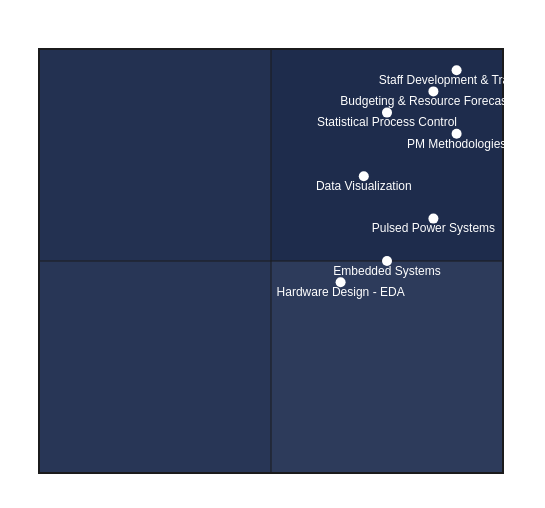
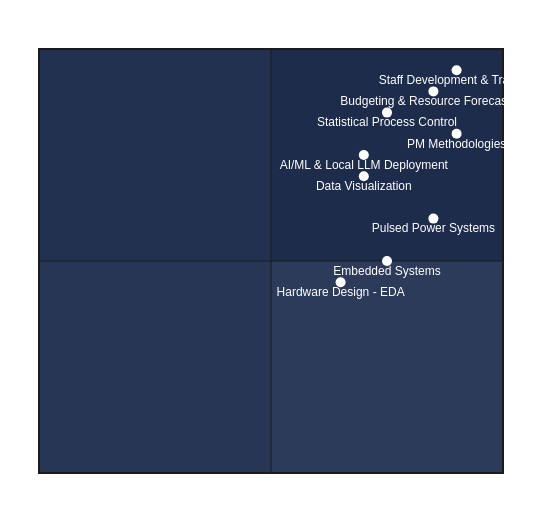
The fifth of 7 diagrams in Ethan-Kunz-Resume-TechManager.md (EE-EDK/Ethan-D-Kunz-Resume-2025), drawn with Mermaid before and after one commit. The commit also changed other lines of this file and 2 other files, not shown here.

````diff
--- a/Ethan-Kunz-Resume-TechManager.md
+++ b/Ethan-Kunz-Resume-TechManager.md
@@ -211,15 +221,16 @@
 ```mermaid
 %%{init: {'theme': 'base', 'themeVariables': { 'primaryColor': '#1e2c4c', 'primaryTextColor': '#fff', 'secondaryColor': '#c41e3a', 'lineColor': '#2c3e5f'}}}%%
 quadrantChart
     title Technical Proficiency Matrix
     x-axis "Developing" --> "Expert"
     y-axis "Supporting Skill" --> "Core to Role"
     Staff Development & Training: [0.90, 0.95]
     Budgeting & Resource Forecasting: [0.85, 0.90]
     PM Methodologies: [0.90, 0.80]
     Statistical Process Control: [0.75, 0.85]
     Data Visualization: [0.70, 0.70]
+    AI/ML & Local LLM Deployment: [0.70, 0.75]
     Pulsed Power Systems: [0.85, 0.60]
     Embedded Systems: [0.75, 0.50]
     Hardware Design - EDA: [0.65, 0.45]
 ```
````
